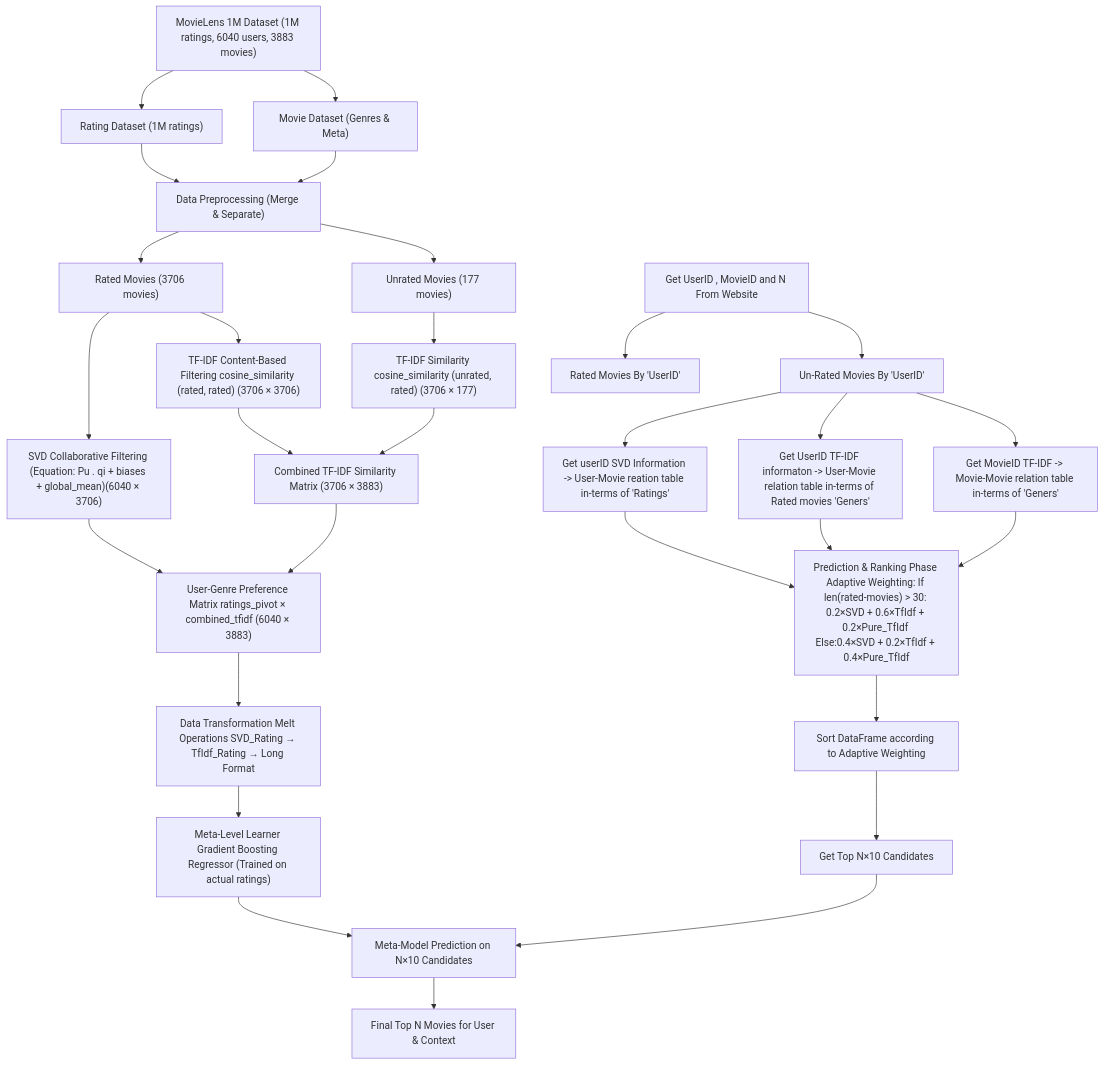
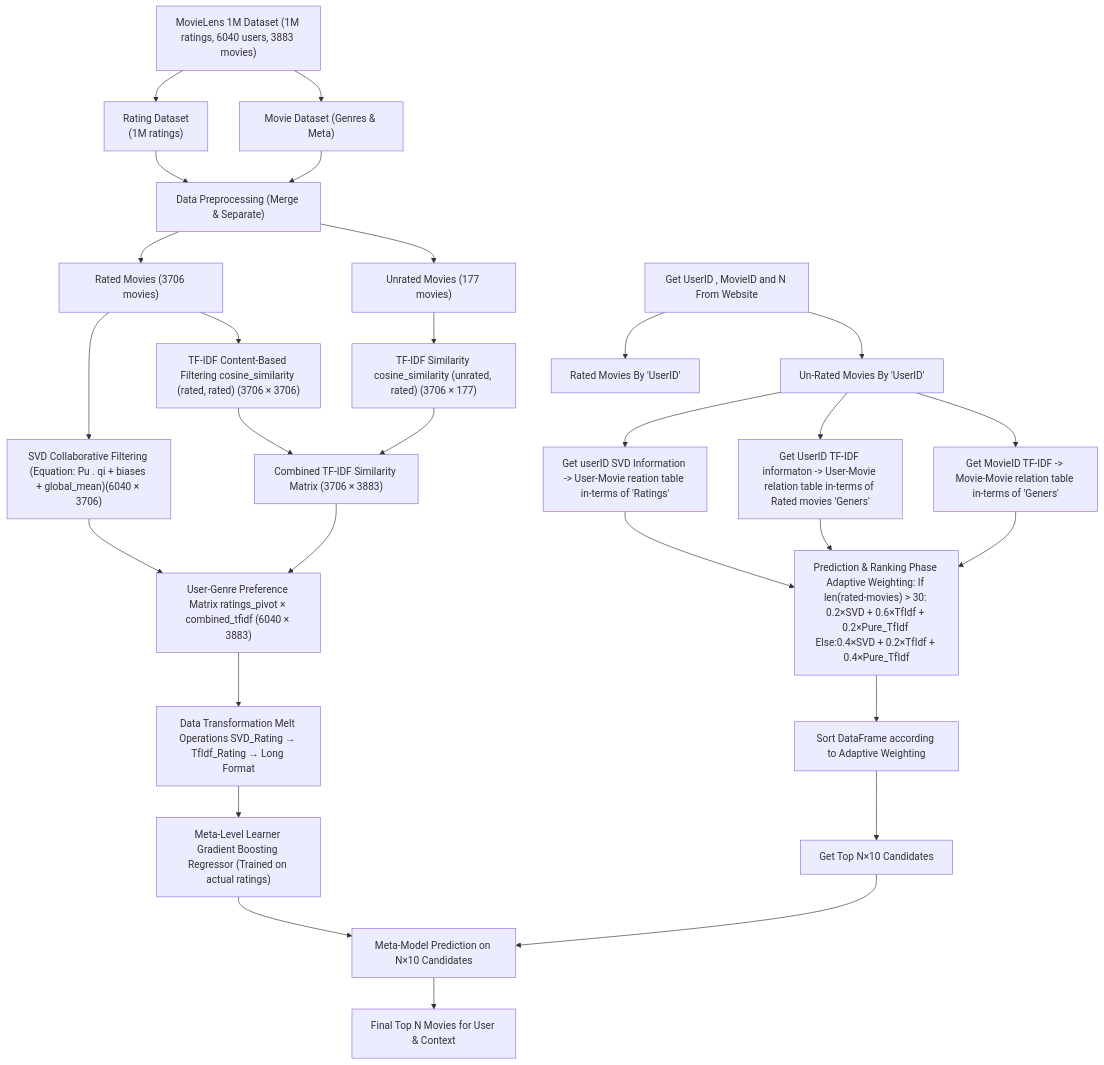
One commit to NiazMahmud2001/MetaLevel-HybridMovie-Recommender changed the diagram in README.md. Above: the diagram before and after it, drawn with Mermaid.

````diff
--- a/README.md
+++ b/README.md
@@ -83,38 +83,39 @@
 ```mermaid
 graph TD
     A["MovieLens 1M Dataset (1M ratings, 6040 users, 3883 movies)"]
-    A --> B["Rating Dataset (1M ratings)"]
+    A --> B["`Rating Dataset
+(1M ratings)`"]
     A --> C["Movie Dataset (Genres & Meta)"]
     B --> D["Data Preprocessing (Merge & Separate)"]
     C --> D
     D --> E["Rated Movies (3706 movies)"]
     D --> F["Unrated Movies (177 movies)"]
 
     E --> G1["SVD Collaborative Filtering (Equation: Pu . qi + biases + global_mean)(6040 × 3706)"]
     E --> G2["TF-IDF Content-Based Filtering cosine_similarity (rated, rated) (3706 × 3706)"]
     F --> G3["TF-IDF Similarity cosine_similarity (unrated, rated) (3706 × 177)"]
 
     G2 --> H["Combined TF-IDF Similarity Matrix (3706 × 3883)"]
     G3 --> H
     G1 --> I
     H --> I["User-Genre Preference Matrix ratings_pivot × combined_tfidf (6040 × 3883)"]
     I --> J["Data Transformation Melt Operations SVD_Rating → TfIdf_Rating → Long Format"]
     J --> K["Meta-Level Learner Gradient Boosting Regressor (Trained on actual ratings)"]
 
     L["Get UserID , MovieID and N From Website"]
     L --> M["Rated Movies By 'UserID'"]
     L --> N["Un-Rated Movies By 'UserID'"]
     N --> O["Get userID SVD Information -> User-Movie reation table in-terms of 'Ratings' "]
     N --> P["Get UserID TF-IDF informaton -> User-Movie relation table in-terms of Rated movies 'Geners' "]
     N --> V["Get MovieID TF-IDF -> Movie-Movie relation table in-terms of 'Geners'"]
 
     Q["Prediction & Ranking Phase Adaptive Weighting: If len(rated-movies) > 30: 0.2×SVD + 0.6×TfIdf + 0.2×Pure_TfIdf Else:0.4×SVD + 0.2×TfIdf + 0.4×Pure_TfIdf"]
     O --> Q
     P --> Q
     V --> Q
     Q --> R["Sort DataFrame according to Adaptive Weighting"]
     R --> S["Get Top N×10 Candidates"]
     S --> T["Meta-Model Prediction on N×10 Candidates"]
     K --> T
     T --> U["Final Top N Movies for User & Context"]
 ```
````
